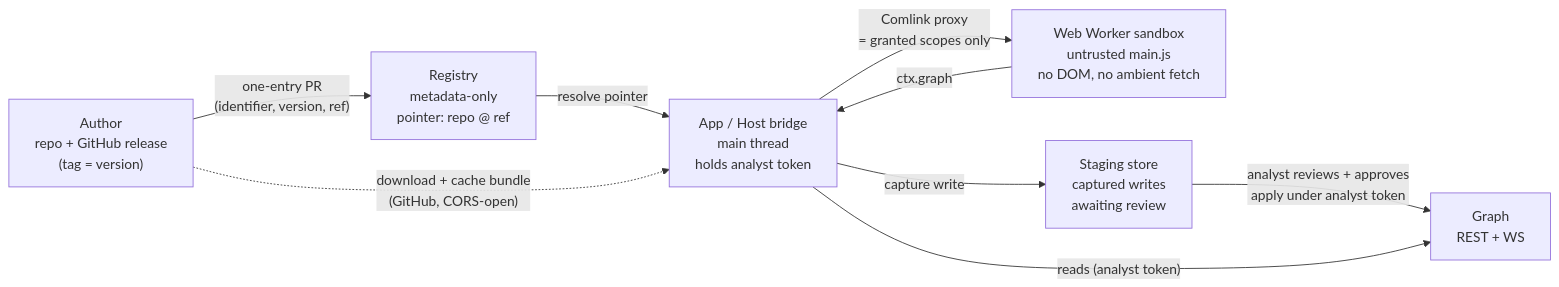
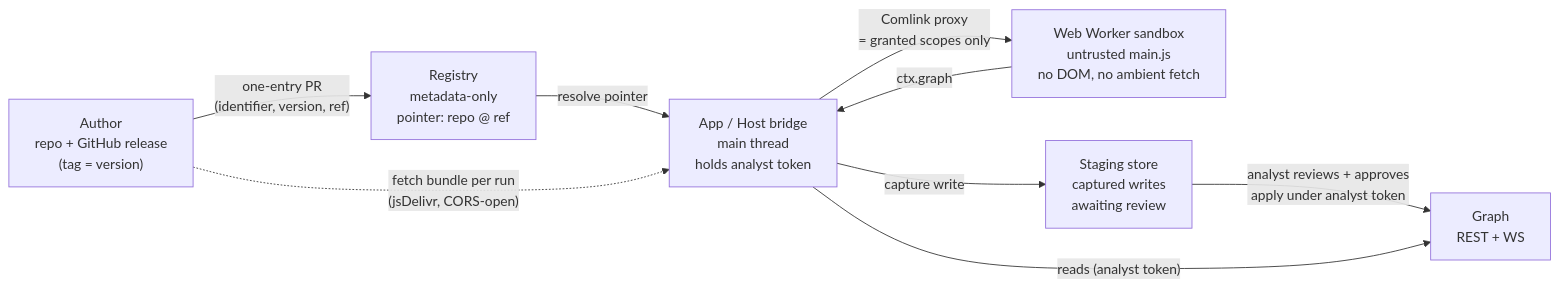
The diagram in docs/develop/architecture.ko.md (Vineyard-Intelligence/documentation), drawn with Mermaid before and after one commit. The commit also changed other lines of this file and 56 other files, not shown here.

````diff
--- a/docs/develop/architecture.ko.md
+++ b/docs/develop/architecture.ko.md
@@ -17,18 +17,18 @@
 ```mermaid
 flowchart LR
     A["Author<br/>repo + GitHub release<br/>(tag = version)"]
     R["Registry<br/>metadata-only<br/>pointer: repo @ ref"]
     H["App / Host bridge<br/>main thread<br/>holds analyst token"]
     W["Web Worker sandbox<br/>untrusted main.js<br/>no DOM, no ambient fetch"]
     S["Staging store<br/>captured writes<br/>awaiting review"]
     G["Graph<br/>REST + WS"]
 
     A -- "one-entry PR<br/>(identifier, version, ref)" --> R
     R -- "resolve pointer" --> H
-    A -. "download + cache bundle<br/>(GitHub, CORS-open)" .-> H
+    A -. "fetch bundle per run<br/>(jsDelivr, CORS-open)" .-> H
     H -- "Comlink proxy<br/>= granted scopes only" --> W
     W -- "ctx.graph" --> H
     H -- "capture write" --> S
     S -- "analyst reviews + approves<br/>apply under analyst token" --> G
     H -- "reads (analyst token)" --> G
 ```
````
